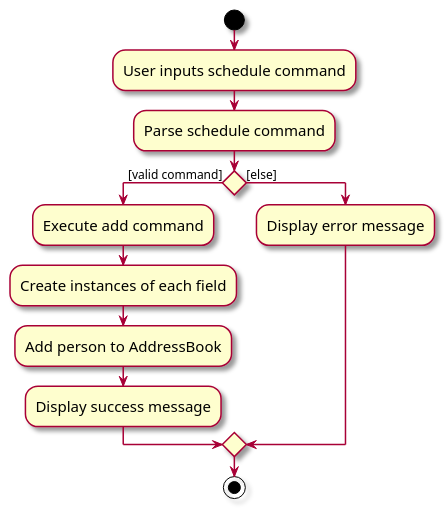
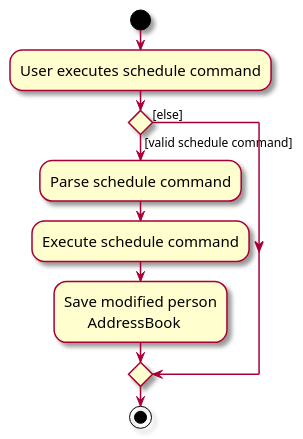
The diagram in docs/diagrams/ScheduleDiagram.puml (hjuntan/tp), drawn with PlantUML before and after one commit. The commit also changed 4 other files, not shown here.

```diff
--- a/docs/diagrams/ScheduleDiagram.puml
+++ b/docs/diagrams/ScheduleDiagram.puml
@@ -1,21 +1,19 @@
 @startuml
 skin rose
 skinparam ActivityFontSize 15
 skinparam ArrowFontSize 12
 start
-:User inputs schedule command;
-:Parse schedule command;
+:User executes schedule command;
 
 'Since the beta syntax does not support placing the condition outside the
 'diamond we place it as the true branch instead.
 
-if () then ([valid command])
-    :Execute add command;
-    :Create instances of each field;
-    :Add person to AddressBook;
-    :Display success message;
+if () then ([valid schedule command])
+    :Parse schedule command;
+    :Execute schedule command;
+    :Save modified person
+          AddressBook;
 else ([else])
-    :Display error message;
 endif
 stop
 @enduml
```
